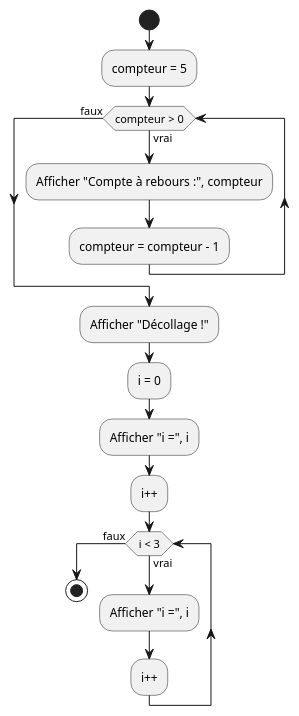
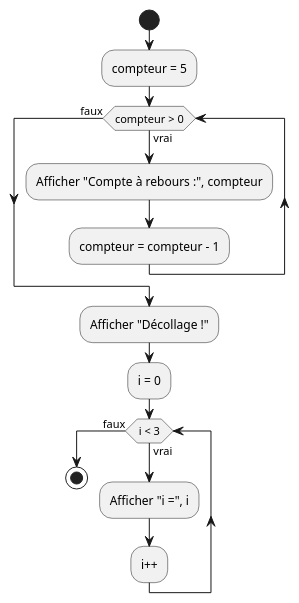
The diagram in examples/algo/puml/03_tant_que.puml (profdenis/dralgo), drawn with PlantUML before and after one commit. The commit also changed 35 other files, not shown here.

```diff
--- a/examples/algo/puml/03_tant_que.puml
+++ b/examples/algo/puml/03_tant_que.puml
@@ -1,17 +1,15 @@
 @startuml
 start
 :compteur = 5;
 while (compteur > 0) is (vrai)
 :Afficher "Compte à rebours :", compteur;
 :compteur = compteur - 1;
 endwhile (faux)
 :Afficher "Décollage !";
 :i = 0;
-:Afficher "i =", i;
-:i++;
 while (i < 3) is (vrai)
 :Afficher "i =", i;
 :i++;
 endwhile (faux)
 stop
 @enduml
```
